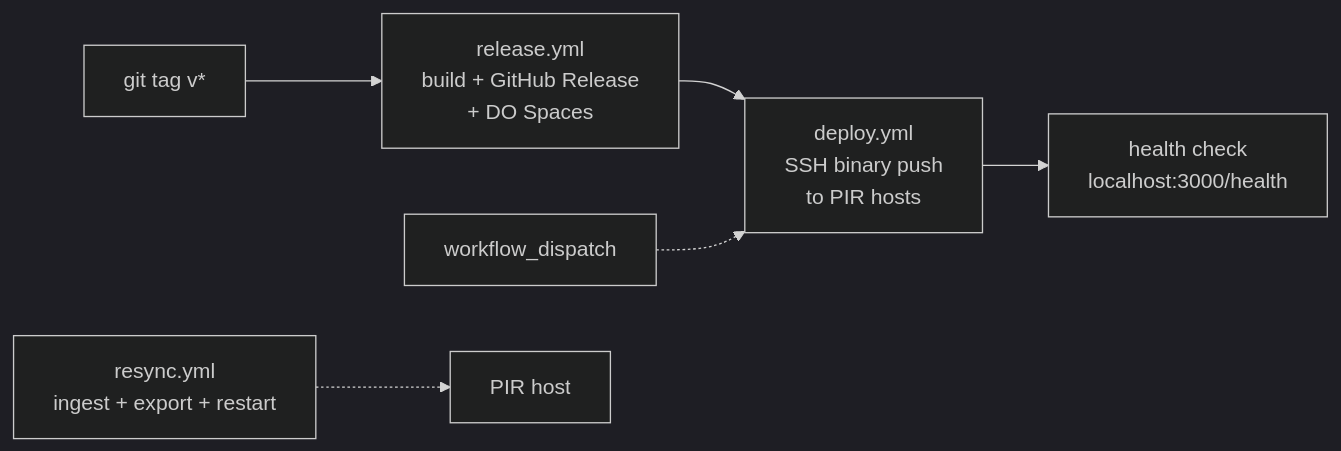
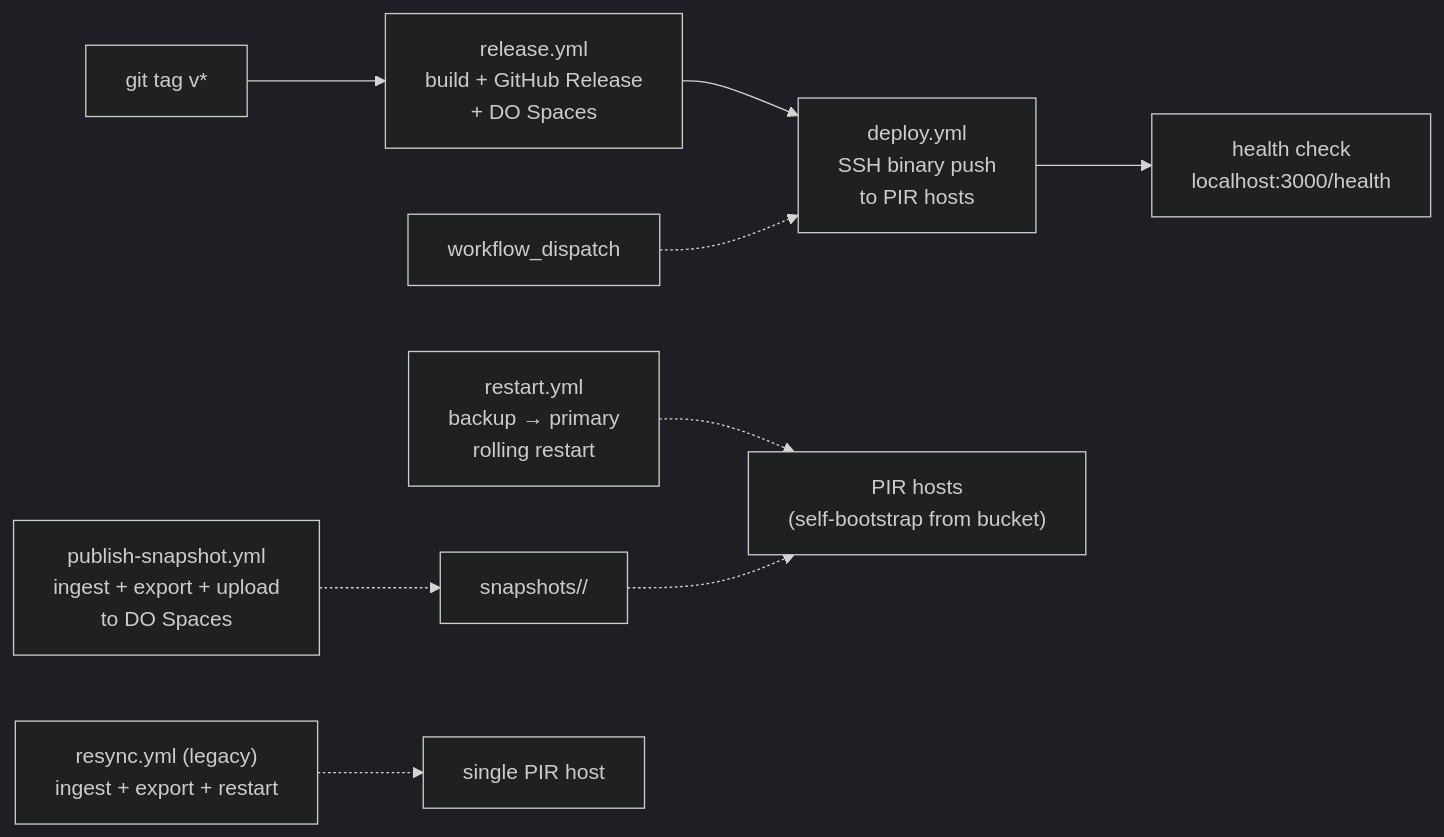
The diagram in docs/deploy-setup.md (valargroup/vote-nullifier-pir), drawn with Mermaid (dark theme) before and after one commit. The commit also changed other lines of this file and 2 other files, not shown here.

````diff
--- a/docs/deploy-setup.md
+++ b/docs/deploy-setup.md
@@ -254,8 +261,11 @@
 ```mermaid
 flowchart LR
     tag["git tag v*"] --> release["release.yml\nbuild + GitHub Release\n+ DO Spaces"]
     release --> deploy["deploy.yml\nSSH binary push\nto PIR hosts"]
     deploy --> health["health check\nlocalhost:3000/health"]
     manual["workflow_dispatch"] -.-> deploy
-    resync["resync.yml\ningest + export + restart"] -.-> pirHost["PIR host"]
+    publish["publish-snapshot.yml\ningest + export + upload\nto DO Spaces"] -.-> bucket["snapshots/<height>/"]
+    restart["restart.yml\nbackup → primary\nrolling restart"] -.-> pirHosts["PIR hosts\n(self-bootstrap from bucket)"]
+    bucket -.-> pirHosts
+    resync["resync.yml (legacy)\ningest + export + restart"] -.-> pirHost["single PIR host"]
 ```
````
